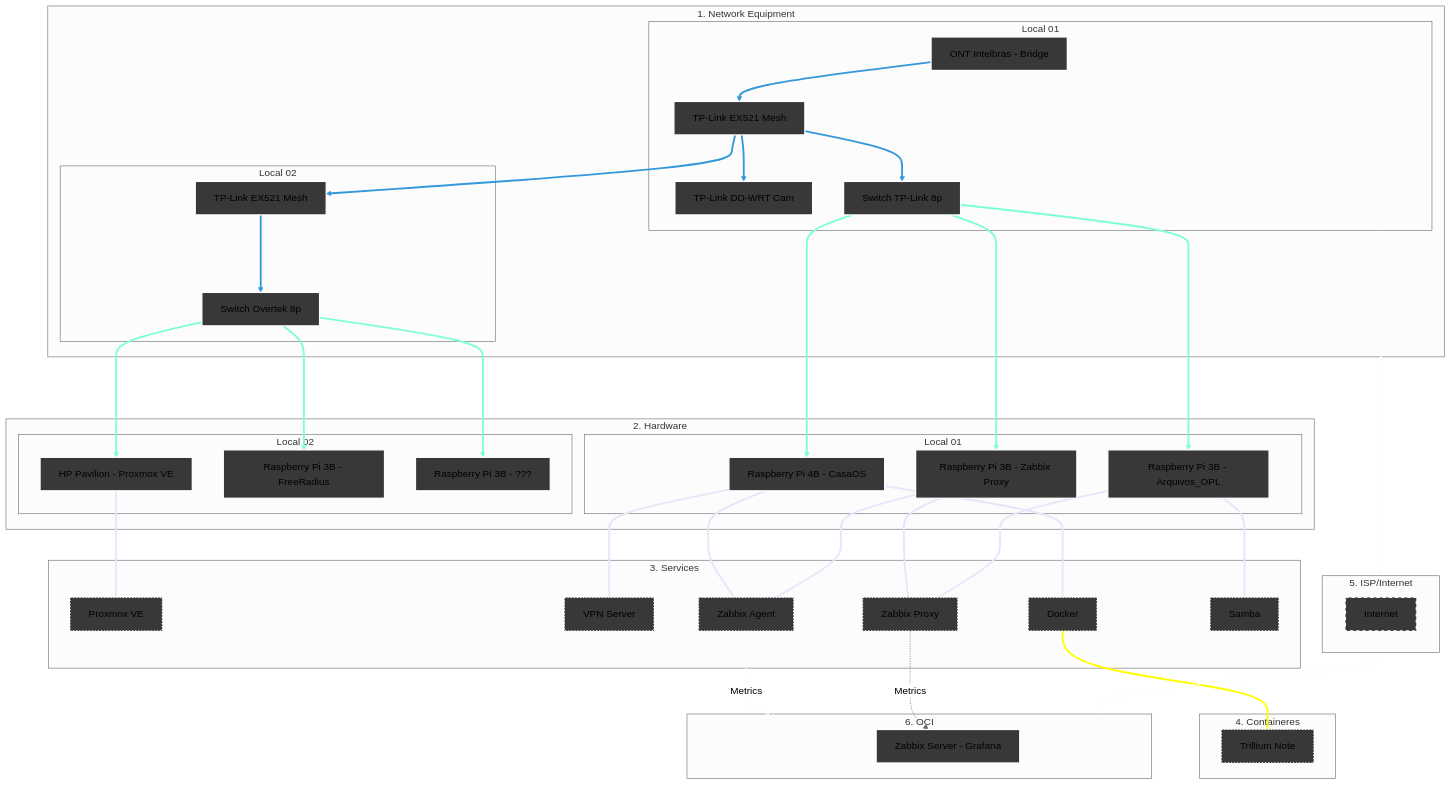
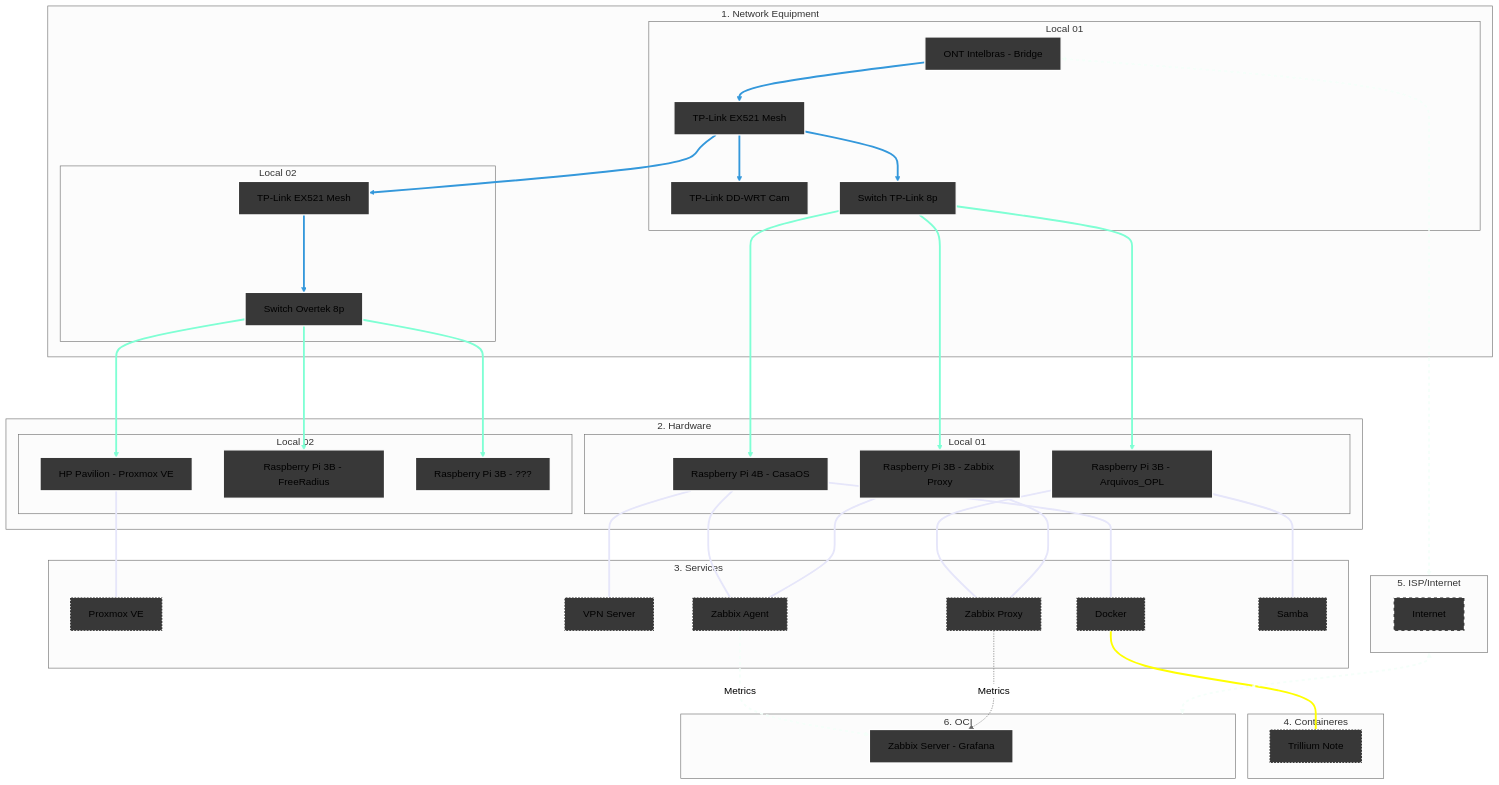
One commit to kevindexter22/Dr-Hardware-Autonet changed the diagram in Infrastructure/README.md. Above: the diagram before and after it, drawn with Mermaid (neutral theme).

````diff
--- a/Infrastructure/README.md
+++ b/Infrastructure/README.md
@@ -13,80 +13,80 @@
 ```mermaid
 graph TD
     %% Styles
     classDef network fill:#383838,stroke:#FFFFFF,stroke-width:2px;
     classDef hardware fill:#383838,stroke:#FFFFFF,stroke-width:2px;
     classDef internet fill:#383838,stroke:#FFFFFF,stroke-width:2px,stroke-dasharray: 5 5;
     classDef services fill:#383838,stroke:#FFFFFF,stroke-width:2px, stroke-dasharray: 2 3;
     classDef oci fill:#383838,stroke:#FFFFFF,stroke-width:2px;
 
     %% 1. NETWORK EQUIPMENT
     subgraph Principal["1. Network Equipment"]
     subgraph S1 [Local 01]
         ONT[ONT Intelbras - Bridge]:::network --> R_Mesh1[TP-Link EX521 Mesh]:::network
         R_Mesh1 --> R_Cams[TP-Link DD-WRT Cam]:::network 
         R_Mesh1 --> SW1[Switch TP-Link 8p]:::network  
     end
     subgraph S2 [Local 02]
         R_Mesh1 --> R_Mesh2[TP-Link EX521 Mesh]:::network
         R_Mesh2 ---> SW2[Switch Overtek 8p]:::network
     end
     end
     
     %% 2. HARDWARE
     subgraph Principal02["2. Hardware"]
-    subgraph S4 [Local 01]
+    subgraph S3 [Local 01]
         SW1 ---> RPi3B_1[Raspberry Pi 3B - Arquivos_OPL]:::hardware
         SW1 ---> RPi4B[Raspberry Pi 4B - CasaOS]:::hardware
         SW1 ---> RPi3B_2[Raspberry Pi 3B - Zabbix Proxy]:::hardware
     end
-    subgraph S3 [Local 02]
+    subgraph S4 [Local 02]
         SW2 ---> HP[HP Pavilion - Proxmox VE]:::hardware
         SW2 ---> RPi3B_3[Raspberry Pi 3B - FreeRadius]:::hardware
         SW2 ---> RPi3B_4[Raspberry Pi 3B - ???]:::hardware
     end
     end
 
     %% 3. SERVICES     
     subgraph S5 [3. Services];
         HP --- PVE[Proxmox VE]:::services        
         RPi4B --- VPN[VPN Server]:::services
         RPi4B --- Docker[Docker]:::services
         RPi4B --- ZA[Zabbix Agent]:::services
+        RPi3B_1 --- ZP[Zabbix Proxy]:::services
+        RPi3B_1 --- SMB1[Samba]:::services
         RPi3B_2 --- ZA[Zabbix Agent]:::services
         RPi3B_2 --- ZP[Zabbix Proxy]:::services
-        RPi3B_1 --- ZP[Zabbix Proxy]:::services
-        RPi3B_1 --- SMB1[Samba]:::services
     end
 
     %% 4. CONTAINERES     
     subgraph S6 [4. Containeres];
         Docker[Docker] --- Trillium[Trillium Note]:::services
     end
 
     %% 5. Internet (The Bridge)
     subgraph S7 [5. ISP/Internet]
            internet[Internet]:::internet
     end
 
     %% 6. Oracle Cloud Infrastructure
     subgraph S8 [6. OCI]
         ZS[Zabbix Server - Grafana]:::oci
     end
 
     %% Conections of data flow
     ONT <--> S7
     S7 <--> S8
     
     %% Logical conections
     ZA -.-> |Metrics| ZS
     ZP -.-> |Metrics| ZS 
 
     %% --- Set collor on conections ---
     
     linkStyle 0,1,2,3,4 stroke:#3498db,stroke-width:3px;
     linkStyle 5,6,7,8,9,10 stroke:#7FFFD4,stroke-width:3px;
     linkStyle 11,12,13,14,15,16,17,18 stroke:#E6E6FA,stroke-width:3px;
     linkStyle 19 stroke:#FFFF00,stroke-width:3px;
     linkStyle 20,21,22 stroke:#F5FFFA,stroke-width:3px,stroke-dasharray: 5 5;
 
 ```
````
